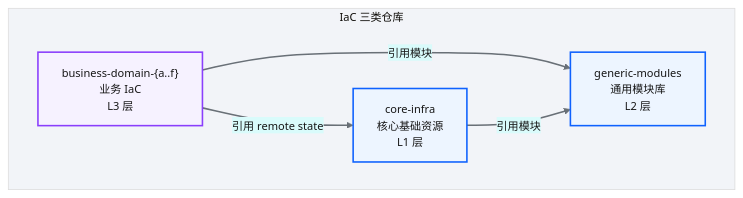
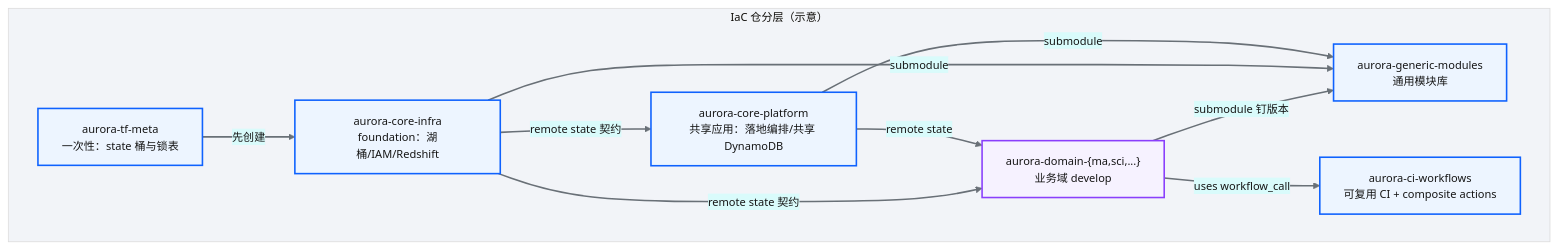
Before and after one commit to zhiweio/from-data-to-intelligence: the third of 5 diagrams in docs/21-Terraform架构总览.md, drawn with Mermaid. The commit also changed other lines of this file and 69 other files, not shown here.

````diff
--- a/docs/21-Terraform架构总览.md
+++ b/docs/21-Terraform架构总览.md
@@ -102,27 +111,30 @@
 ```mermaid
 %%{init: {'theme':'base','themeVariables':{'primaryColor':'#edf5ff','primaryTextColor':'#161616','primaryBorderColor':'#0f62fe','lineColor':'#697077','secondaryColor':'#d9fbfb','tertiaryColor':'#f2f4f8','fontSize':'14px'}}}%%
 flowchart TB
- subgraph IaC三类仓库["IaC 三类仓库"]
- CORE[core-infra<br/>核心基础资源<br/>L1 层]
- MOD[generic-modules<br/>通用模块库<br/>L2 层]
- BIZ["business-domain-{a..f}<br/>业务 IaC<br/>L3 层"]
+ subgraph IaC三类仓库["IaC 仓分层（示意）"]
+ META[aurora-tf-meta<br/>一次性：state 桶与锁表]
+ CORE[aurora-core-infra<br/>foundation：湖桶/IAM/Redshift]
+ PLAT[aurora-core-platform<br/>共享应用：落地编排/共享 DynamoDB]
+ MOD[aurora-generic-modules<br/>通用模块库]
+ BIZ["aurora-domain-{ma,sci,...}<br/>业务域 develop"]
+ CI[aurora-ci-workflows<br/>可复用 CI + composite actions]
  end
 
- BIZ -->|引用模块|MOD
- BIZ -->|引用 remote state|CORE
- CORE -->|引用模块|MOD
+ META -->|先创建| CORE
+ CORE -->|remote state 契约| PLAT
+ CORE -->|remote state 契约| BIZ
+ PLAT -->|remote state| BIZ
+ BIZ -->|submodule 钉版本| MOD
+ CORE -->|submodule| MOD
+ PLAT -->|submodule| MOD
+ BIZ -->|uses workflow_call| CI
 
 classDef bpProcess fill:#edf5ff,stroke:#0f62fe,stroke-width:2px,color:#161616
 classDef bpData fill:#d9fbfb,stroke:#007d79,stroke-width:2px,color:#161616
-classDef bpDecision fill:#fcf4d6,stroke:#f1c21b,stroke-width:2px,color:#161616
-classDef bpSuccess fill:#defbe6,stroke:#198038,stroke-width:2px,color:#161616
-classDef bpError fill:#fff1f1,stroke:#da1e28,stroke-width:2px,color:#161616
-classDef bpExternal fill:#f2f4f8,stroke:#697077,stroke-width:2px,color:#161616
 classDef bpInfo fill:#f6f2ff,stroke:#8a3ffc,stroke-width:2px,color:#161616
-classDef bpGroup fill:#ffffff,stroke:#0f62fe,stroke-width:2px,color:#161616
 
-class CORE,MOD bpProcess
+class META,CORE,PLAT,MOD,CI bpProcess
 class BIZ bpInfo
 
 linkStyle default stroke:#697077,stroke-width:2px
 ```
````
